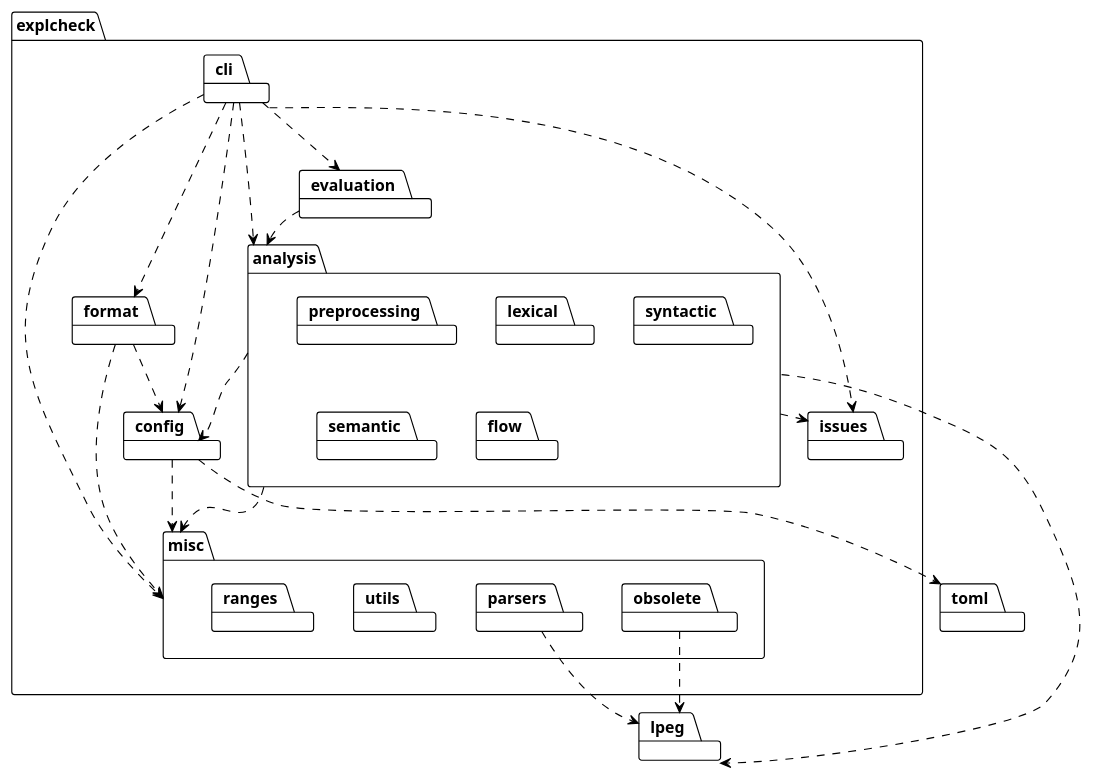
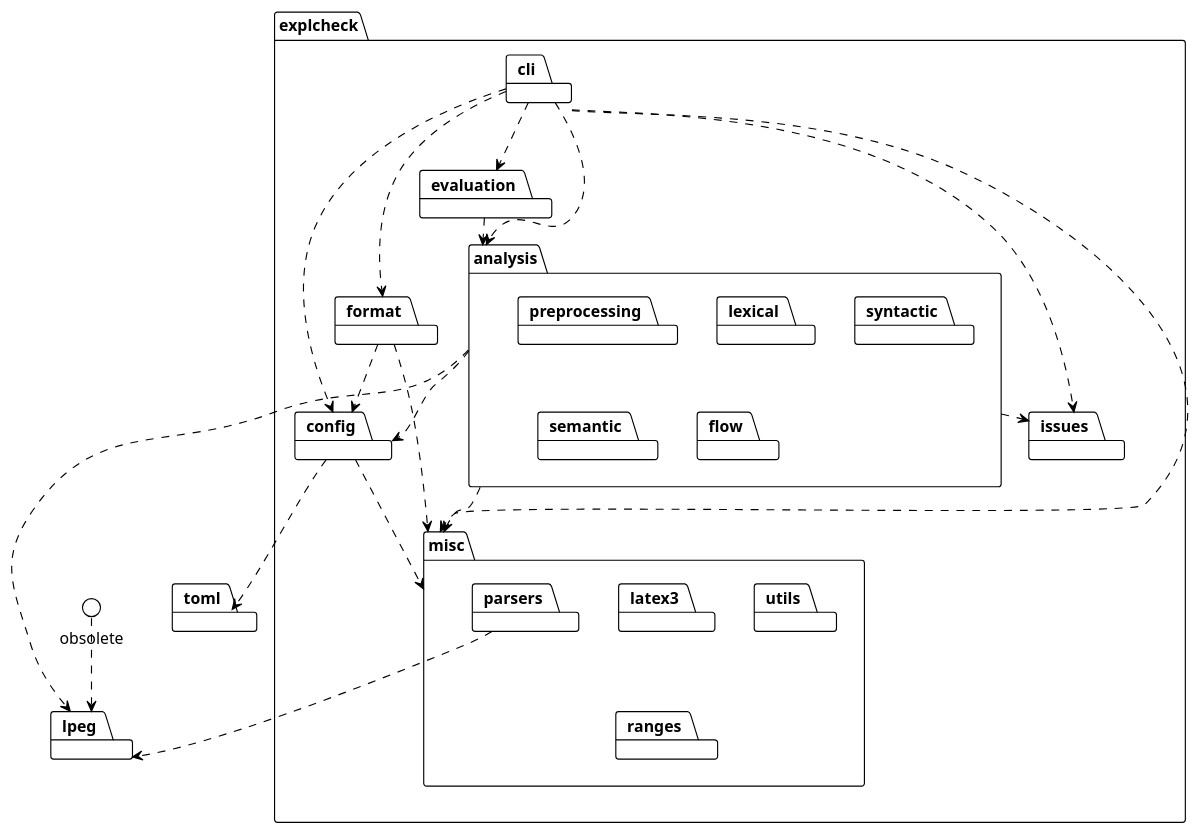
The diagram in images/package-diagram.plantuml (Witiko/expltools-tug25-paper), drawn with PlantUML before and after one commit. The commit also changed 7 other files, not shown here.

Commit message:
Add Figure 4

```diff
--- a/images/package-diagram.plantuml
+++ b/images/package-diagram.plantuml
@@ -1,51 +1,51 @@
 @startuml
 !theme plain
 
 package explcheck {
   package analysis {
     package preprocessing
     package lexical
     package syntactic
     package semantic
     package flow
   }
   package cli
   package config
   package evaluation
   package format
   package issues
   package misc {
-    package obsolete
+    package latex3
     package parsers
     package utils
     package ranges
   }
 }
 
 package lpeg
 package toml
 
 analysis ..> config
 analysis ..> issues
 analysis ..> lpeg
 analysis ..> misc
 
 cli ..> analysis
 cli ..> evaluation
 cli ..> format
 cli ..> config
 cli ..> issues
 cli ..> misc
 
 config ..> toml
 config ..> misc
 
 evaluation ..> analysis
 
 format ..> config
 format ..> misc
 
 obsolete ..> lpeg
 parsers ..> lpeg
 
 @enduml
```
